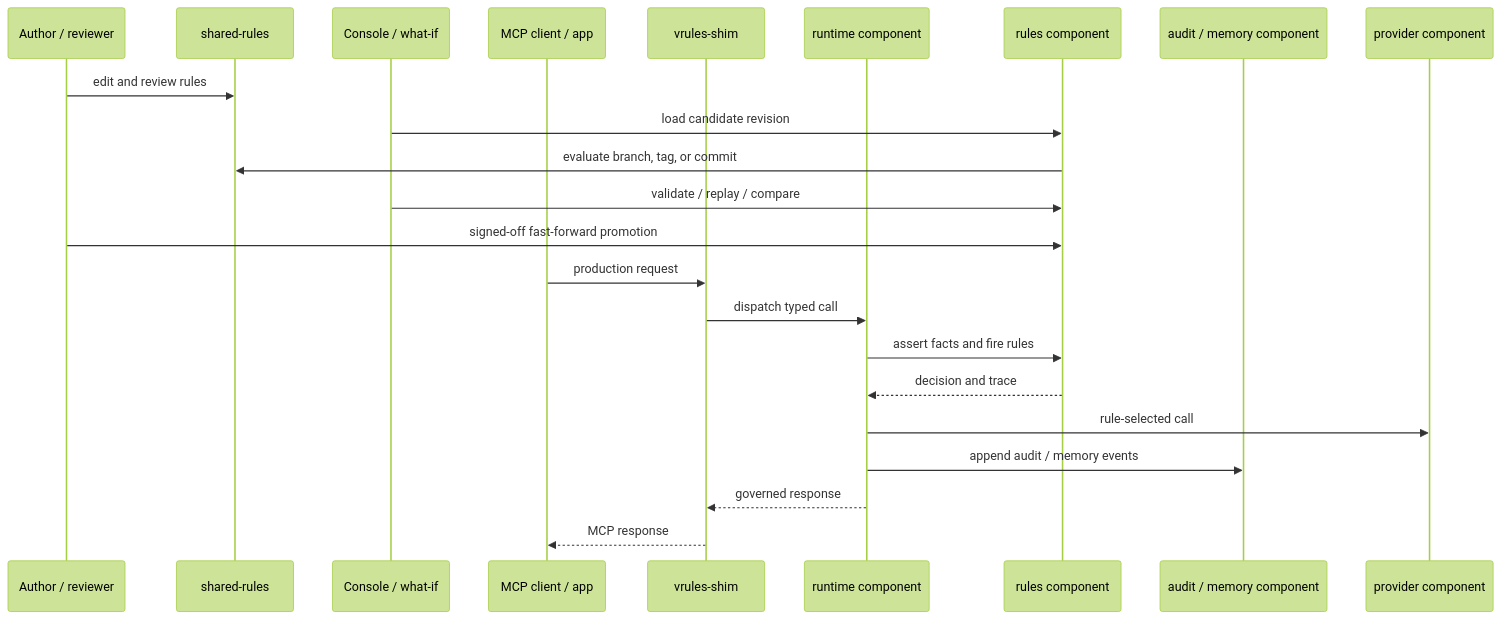
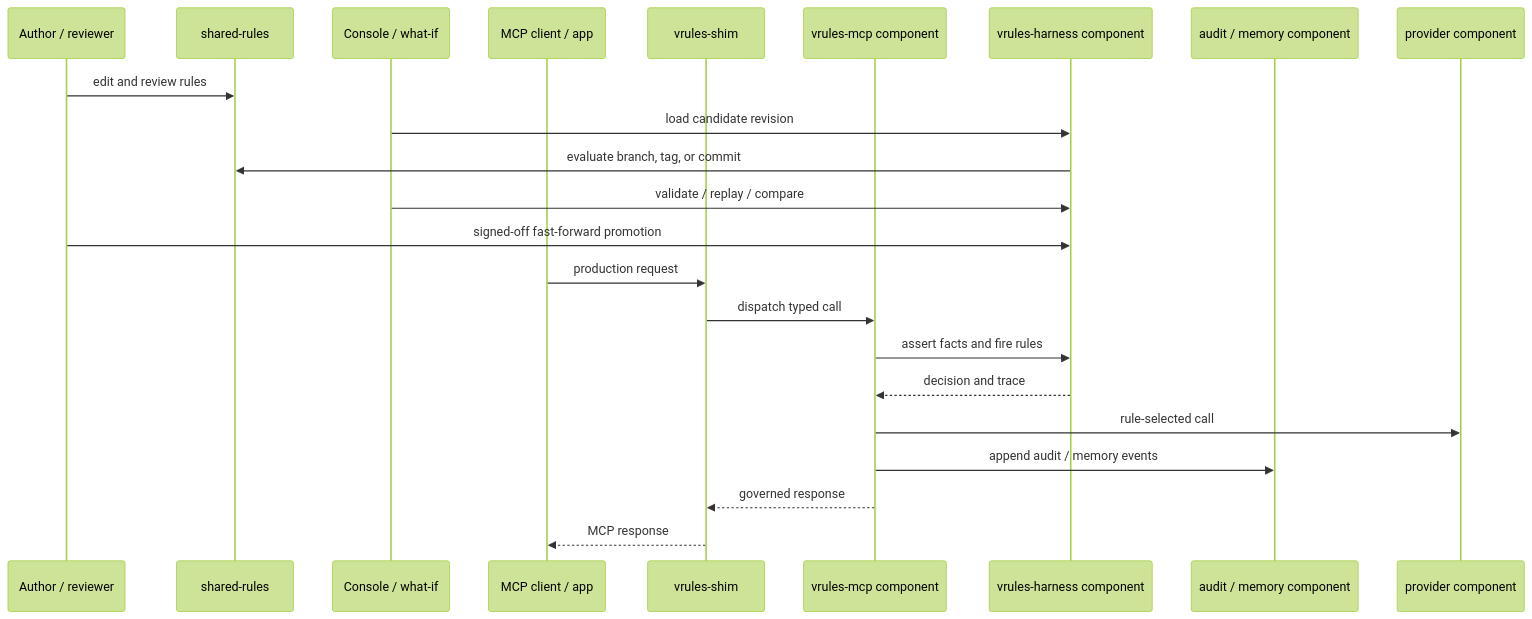
The second of 2 diagrams in docs/ARCHITECTURE.md (ops-ping/vector-rules), drawn with Mermaid (forest theme) before and after one commit. The commit also changed other lines of this file and 22 other files, not shown here.

Commit message:
refactor: rename vrules-runtime -> vrules-mcp and vrules-rules -> vrules-harness, add component READMEs

````diff
--- a/docs/ARCHITECTURE.md
+++ b/docs/ARCHITECTURE.md
@@ -47,26 +47,26 @@
 ```mermaid
 sequenceDiagram
     participant Author as Author / reviewer
     participant Git as shared-rules
     participant Console as Console / what-if
     participant Client as MCP client / app
     participant Host as vrules-shim
-    participant Runtime as runtime component
-    participant Rules as rules component
+    participant MCP as vrules-mcp component
+    participant Harness as vrules-harness component
     participant Storage as audit / memory component
     participant Provider as provider component
 
     Author->>Git: edit and review rules
-    Console->>Rules: load candidate revision
-    Rules->>Git: evaluate branch, tag, or commit
-    Console->>Rules: validate / replay / compare
-    Author->>Rules: signed-off fast-forward promotion
+    Console->>Harness: load candidate revision
+    Harness->>Git: evaluate branch, tag, or commit
+    Console->>Harness: validate / replay / compare
+    Author->>Harness: signed-off fast-forward promotion
     Client->>Host: production request
-    Host->>Runtime: dispatch typed call
-    Runtime->>Rules: assert facts and fire rules
-    Rules-->>Runtime: decision and trace
-    Runtime->>Provider: rule-selected call
-    Runtime->>Storage: append audit / memory events
-    Runtime-->>Host: governed response
+    Host->>MCP: dispatch typed call
+    MCP->>Harness: assert facts and fire rules
+    Harness-->>MCP: decision and trace
+    MCP->>Provider: rule-selected call
+    MCP->>Storage: append audit / memory events
+    MCP-->>Host: governed response
     Host-->>Client: MCP response
 ```
````
